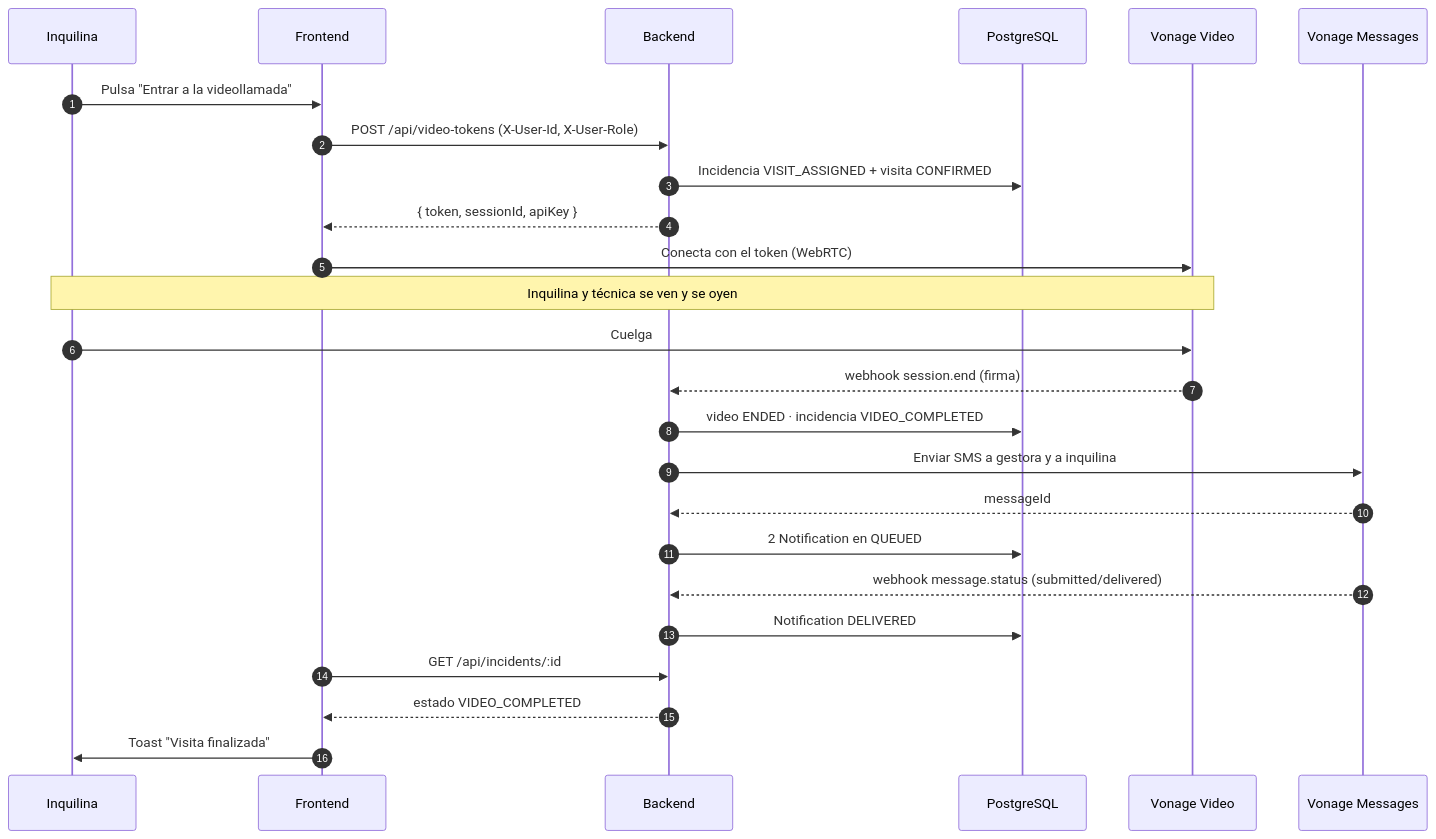
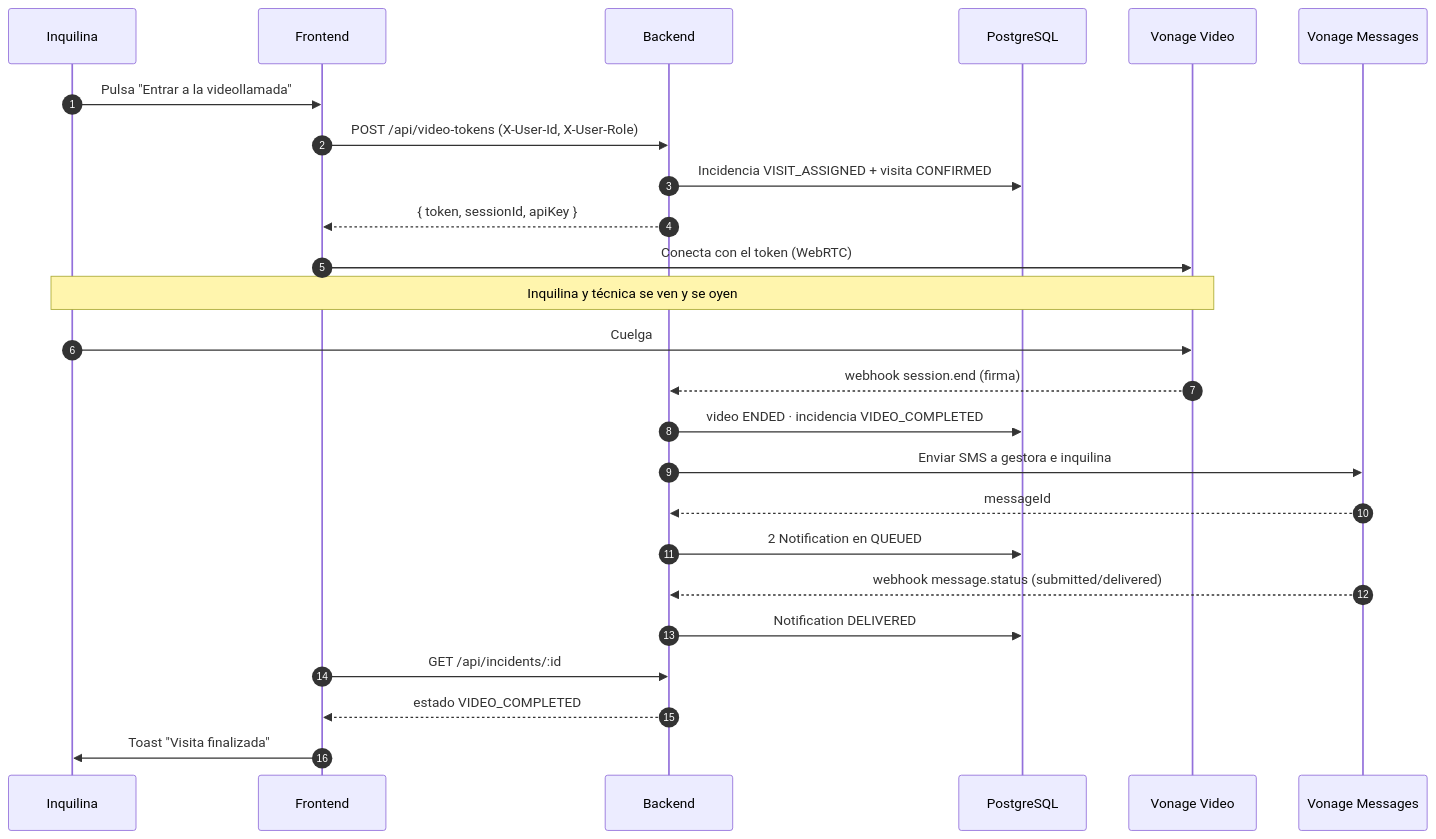
Before and after one commit to femCodersClub-vonage-program/homefix-connect: the second of 2 diagrams in docs/ARCHITECTURE.md, drawn with Mermaid. The commit also changed other lines of this file and 6 other files, not shown here.

````diff
--- a/docs/ARCHITECTURE.md
+++ b/docs/ARCHITECTURE.md
@@ -62,29 +62,29 @@
 ```mermaid
 sequenceDiagram
   autonumber
   participant T as Inquilina
   participant F as Frontend
   participant B as Backend
   participant DB as PostgreSQL
   participant V as Vonage Video
   participant M as Vonage Messages
 
   T->>F: Pulsa "Entrar a la videollamada"
   F->>B: POST /api/video-tokens (X-User-Id, X-User-Role)
   B->>DB: Incidencia VISIT_ASSIGNED + visita CONFIRMED
   B-->>F: { token, sessionId, apiKey }
   F->>V: Conecta con el token (WebRTC)
   Note over T,V: Inquilina y técnica se ven y se oyen
 
   T->>V: Cuelga
   V-->>B: webhook session.end (firma)
   B->>DB: video ENDED · incidencia VIDEO_COMPLETED
-  B->>M: Enviar SMS a gestora y a inquilina
+  B->>M: Enviar SMS a gestora e inquilina
   M-->>B: messageId
   B->>DB: 2 Notification en QUEUED
   M-->>B: webhook message.status (submitted/delivered)
   B->>DB: Notification DELIVERED
   F->>B: GET /api/incidents/:id
   B-->>F: estado VIDEO_COMPLETED
   F->>T: Toast "Visita finalizada"
 ```
````
